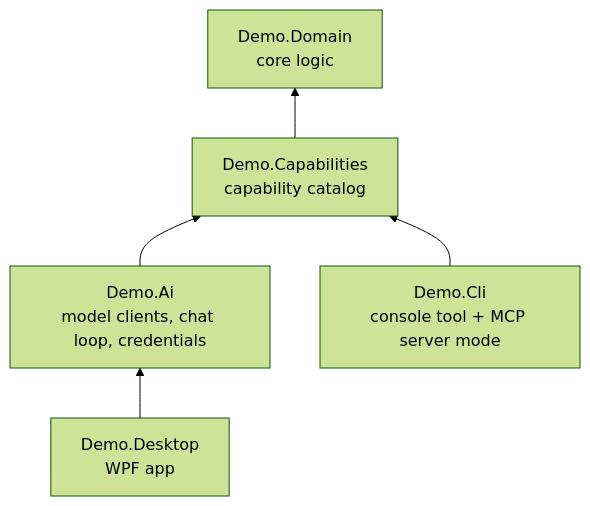
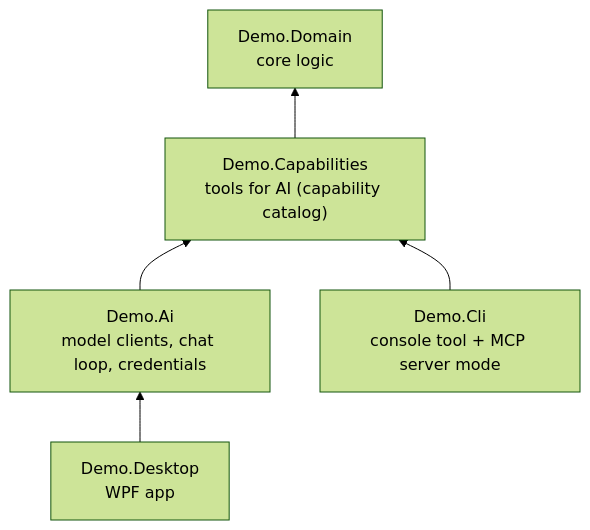
One commit to RelentlessOldMan/ChatbotAddonDemo changed the sixth of 6 diagrams in docs/design.md. Above: the diagram before and after it, drawn with Mermaid (forest theme). The commit also changed other lines of this file and 1 other file, not shown here.

First line of the commit message:
Docs: label the capability catalog as 'Tools for AI' in the diagrams and explain it

````diff
--- a/docs/design.md
+++ b/docs/design.md
@@ -385,12 +385,12 @@
 ```mermaid
 flowchart BT
     domain["Demo.Domain<br/>core logic"]
-    caps["Demo.Capabilities<br/>capability catalog"]
+    caps["Demo.Capabilities<br/>tools for AI (capability catalog)"]
     ai["Demo.Ai<br/>model clients, chat loop, credentials"]
     desk["Demo.Desktop<br/>WPF app"]
     cli["Demo.Cli<br/>console tool + MCP server mode"]
     caps --> domain
     ai --> caps
     desk --> ai
     cli --> caps
 ```
````
